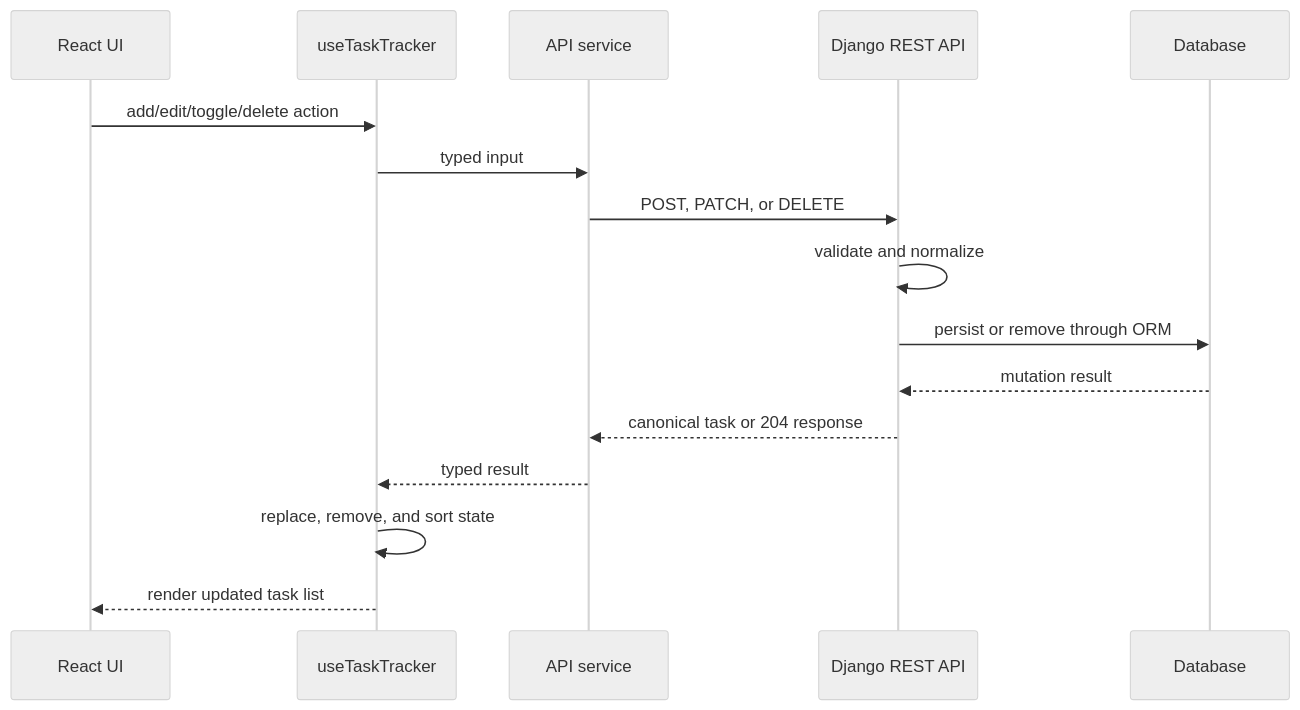
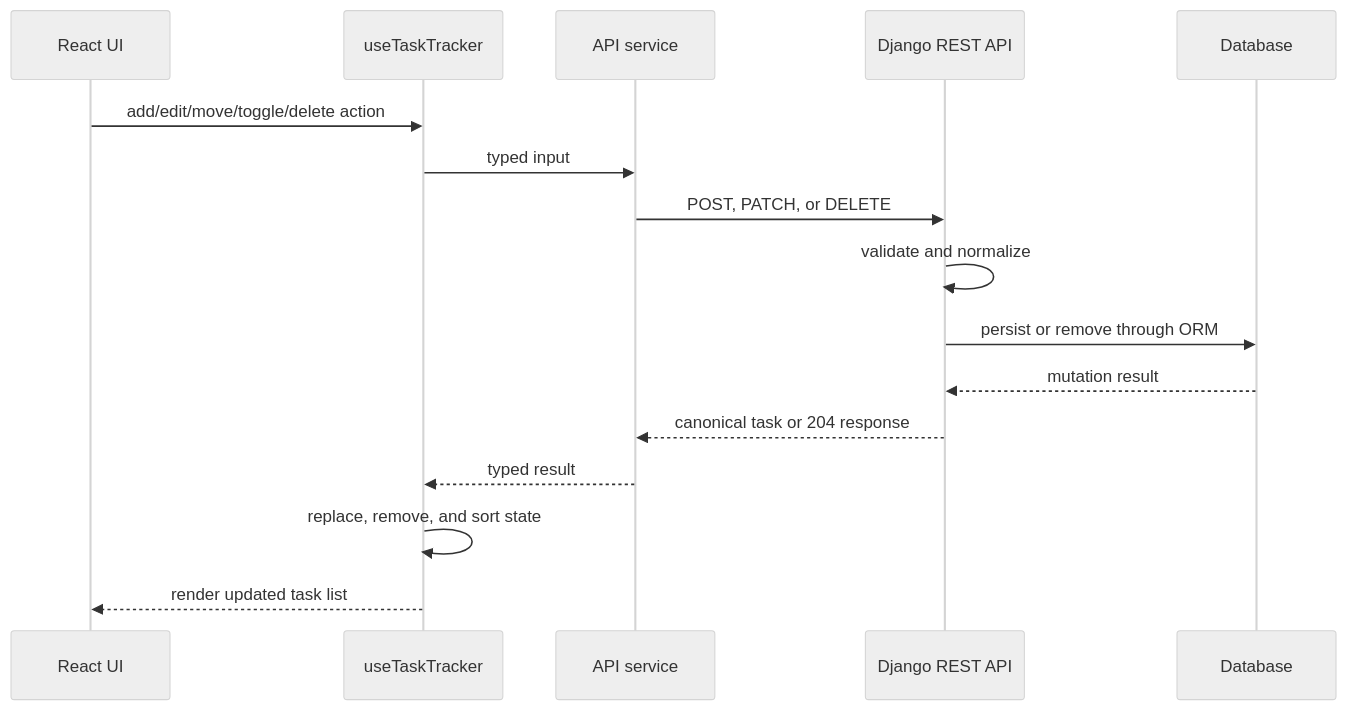
One commit to MarinJursic/spark-task-tracker changed the second of 2 diagrams in README.md. Above: the diagram before and after it, drawn with Mermaid (neutral theme). The commit also changed other lines of this file and 31 other files, not shown here.

````diff
--- a/README.md
+++ b/README.md
@@ -94,19 +101,19 @@
 ```mermaid
 sequenceDiagram
   participant UI as React UI
   participant Hook as useTaskTracker
   participant API as API service
   participant DRF as Django REST API
   participant DB as Database
 
-  UI->>Hook: add/edit/toggle/delete action
+  UI->>Hook: add/edit/move/toggle/delete action
   Hook->>API: typed input
   API->>DRF: POST, PATCH, or DELETE
   DRF->>DRF: validate and normalize
   DRF->>DB: persist or remove through ORM
   DB-->>DRF: mutation result
   DRF-->>API: canonical task or 204 response
   API-->>Hook: typed result
   Hook->>Hook: replace, remove, and sort state
   Hook-->>UI: render updated task list
 ```
````
